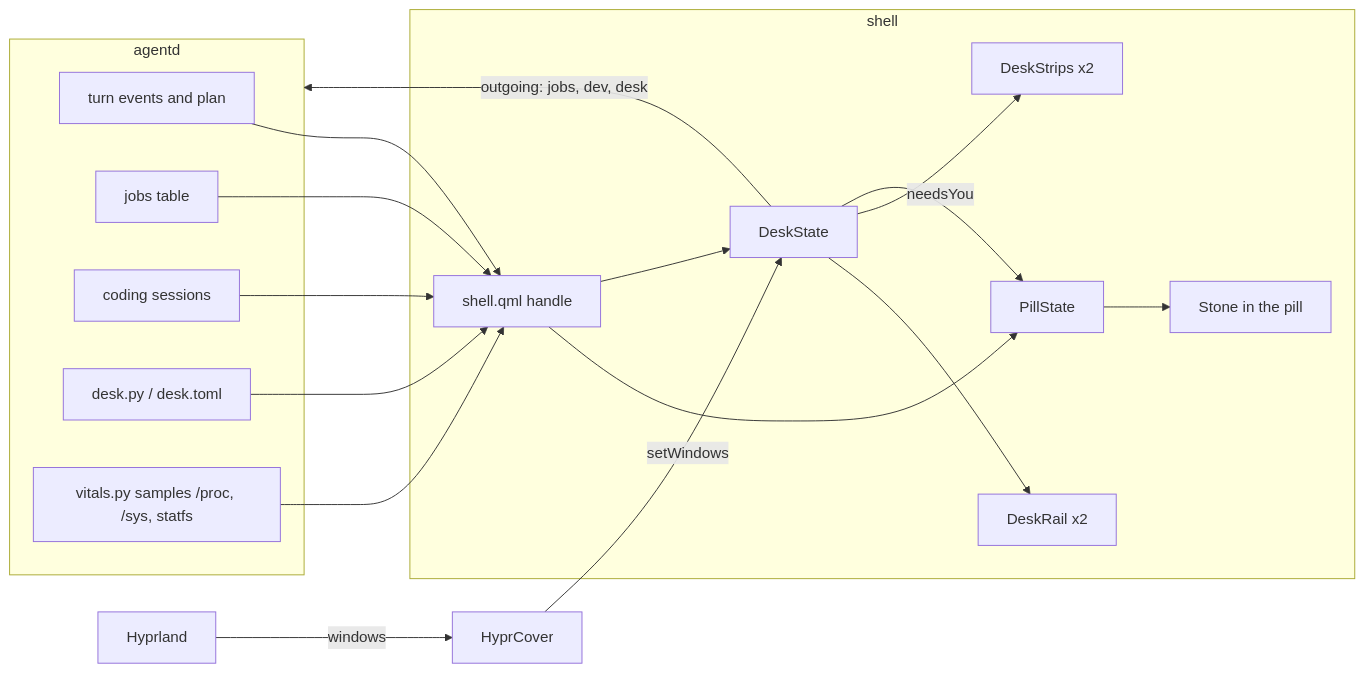
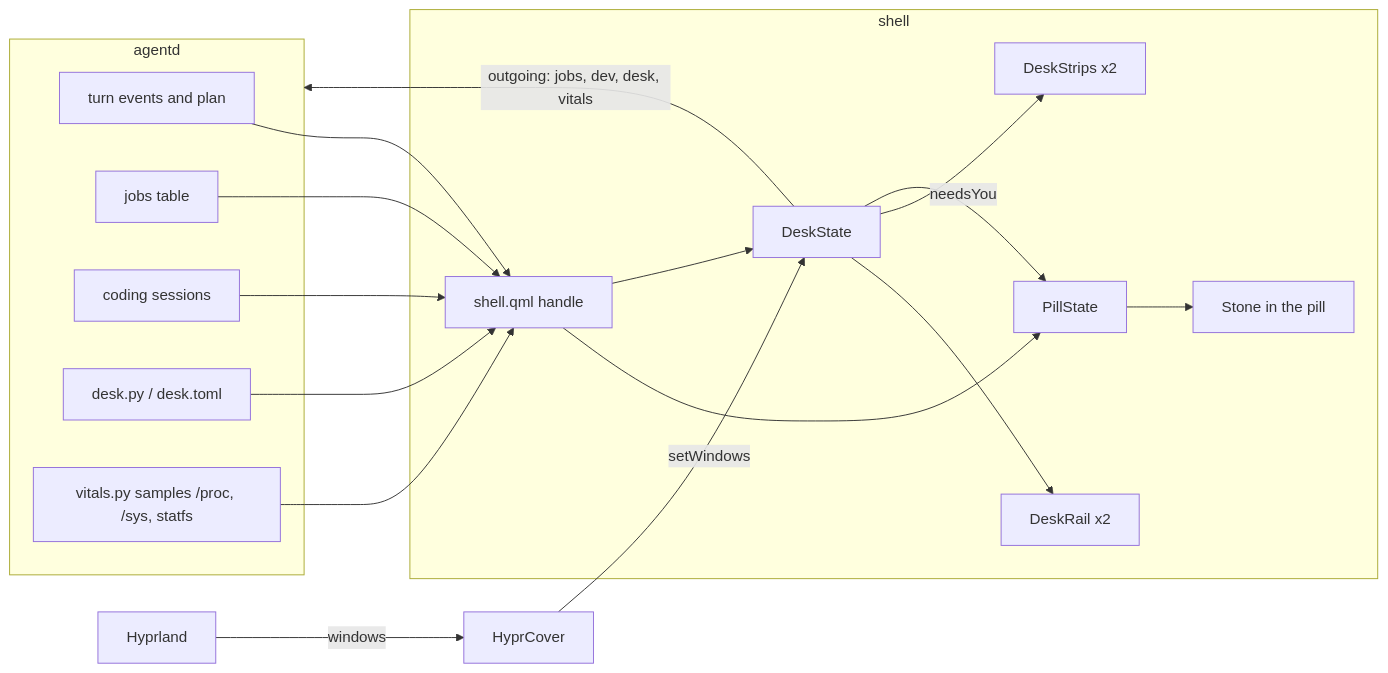
The first of 2 diagrams in docs/DESK.md (thedefaultman/Bombadil), drawn with Mermaid before and after one commit. The commit also changed other lines of this file and 8 other files, not shown here.

````diff
--- a/docs/DESK.md
+++ b/docs/DESK.md
@@ -24,26 +24,26 @@
 ```mermaid
 flowchart LR
     subgraph agentd
         A[turn events and plan]
         J[jobs table]
         D[coding sessions]
         K[desk.py / desk.toml]
         V[vitals.py samples /proc, /sys, statfs]
     end
     subgraph shell
         S[shell.qml handle]
         P[PillState]
         DS[DeskState]
         R[DeskRail x2]
         T[DeskStrips x2]
         ST[Stone in the pill]
     end
     H[Hyprland] -- windows --> C[HyprCover] -- setWindows --> DS
     A & J & D & K & V --> S
     S --> P
     S --> DS
     DS --> R
     DS --> T
     DS -- needsYou --> P --> ST
-    DS -- outgoing: jobs, dev, desk --> agentd
+    DS -- outgoing: jobs, dev, desk, vitals --> agentd
 ```
````
